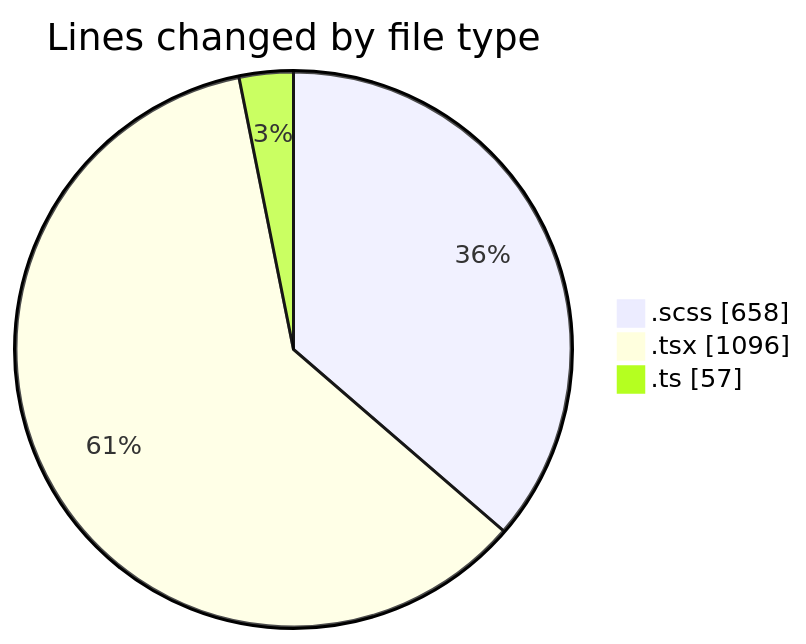
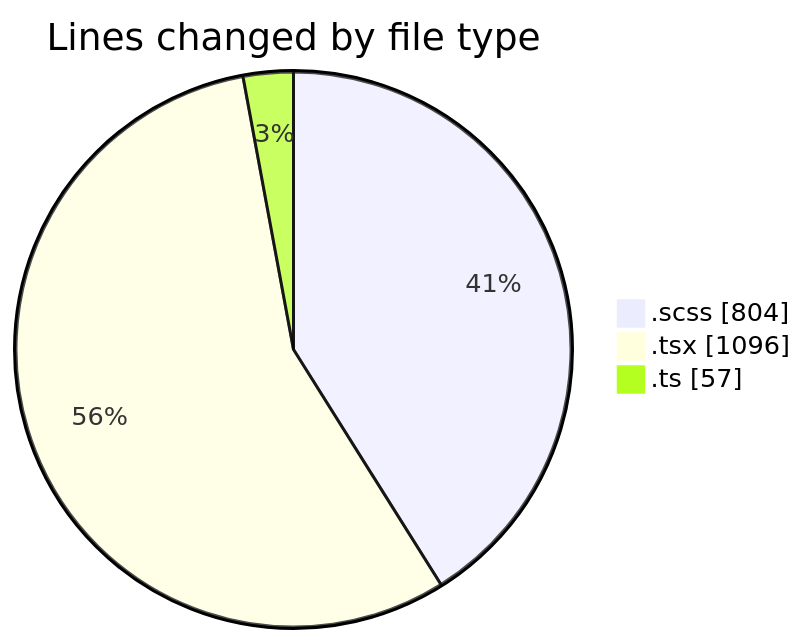
One commit to momahboobian/code-tracking changed the first of 2 diagrams in 2025-03-28/cda/README.md. Above: the diagram before and after it, drawn with Mermaid. The commit also changed other lines of this file and 1 other file, not shown here.

````diff
--- a/2025-03-28/cda/README.md
+++ b/2025-03-28/cda/README.md
@@ -25,7 +25,7 @@
 ```mermaid
 pie showData
 title Lines changed by file type
-".scss" : 658
+".scss" : 804
 ".tsx" : 1096
 ".ts" : 57
 ```
````
